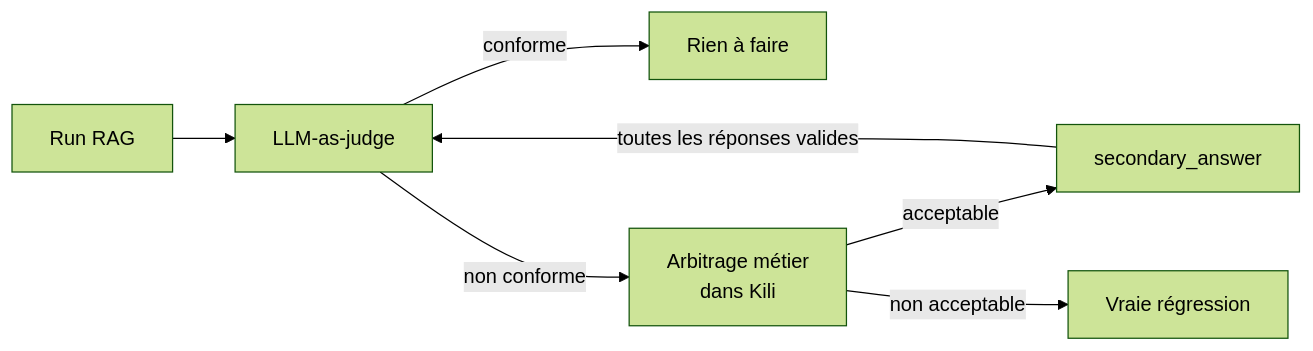
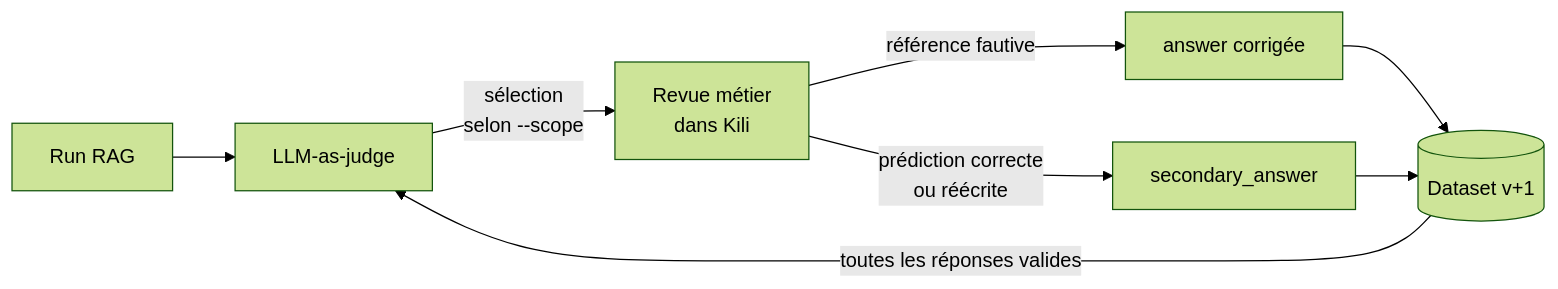
One commit to senseofwonder42/template-kili changed the diagram in docs/llm-static.md. Above: the diagram before and after it, drawn with Mermaid (forest theme). The commit also changed other lines of this file and 6 other files, not shown here.

First line of the commit message:
refactor(exemple 10): révision métier bilatérale du dataset RAG

````diff
--- a/docs/llm-static.md
+++ b/docs/llm-static.md
@@ -19,9 +20,10 @@
 ```mermaid
 flowchart LR
     A[Run RAG] --> B[LLM-as-judge]
-    B -->|conforme| E[Rien à faire]
-    B -->|non conforme| C[Arbitrage métier<br/>dans Kili]
-    C -->|acceptable| D[secondary_answer]
-    C -->|non acceptable| F[Vraie régression]
-    D -->|toutes les réponses valides| B
+    B -->|sélection<br/>selon --scope| C[Revue métier<br/>dans Kili]
+    C -->|référence fautive| D[answer corrigée]
+    C -->|prédiction correcte<br/>ou réécrite| E[secondary_answer]
+    D --> F[(Dataset v+1)]
+    E --> F
+    F -->|toutes les réponses valides| B
 ```
````
